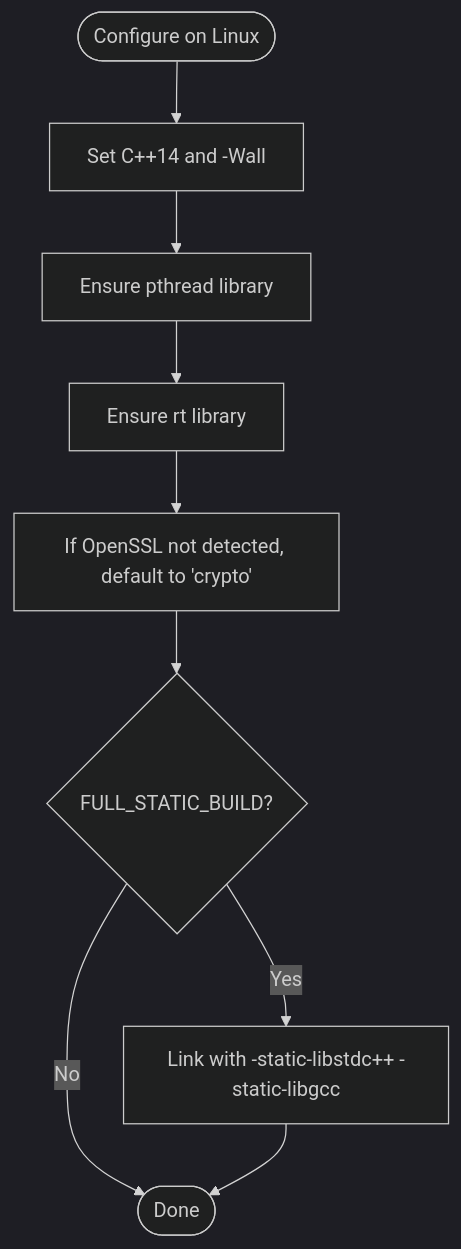
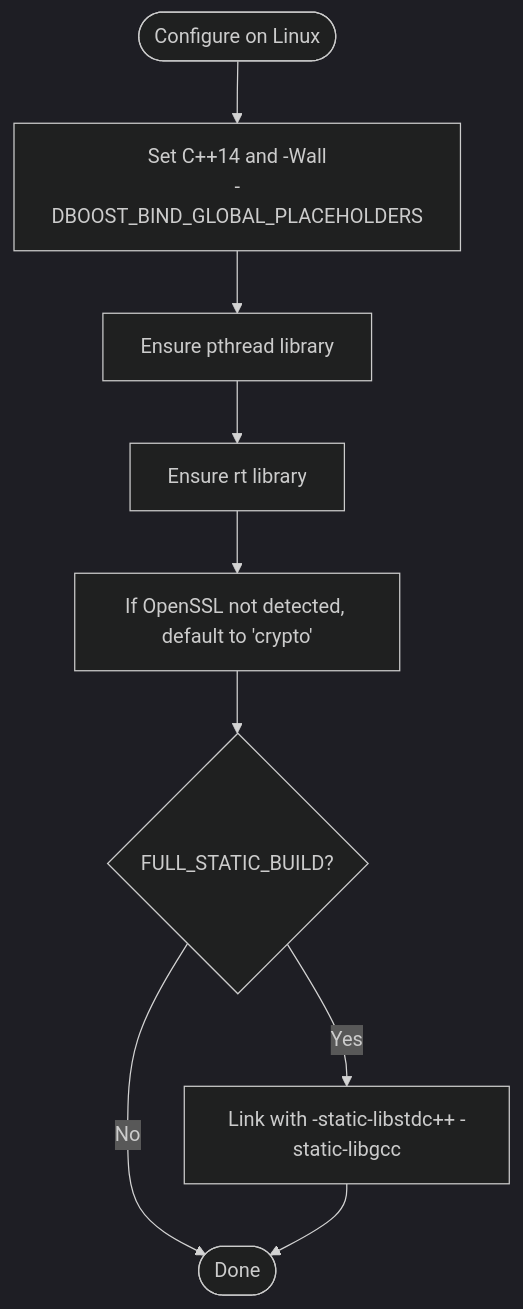
The fifth of 9 diagrams in .qoder/repowiki/en/content/Development Tools/Build System/CMake Configuration/Platform Configurations.md (VIZ-Blockchain/viz-cpp-node), drawn with Mermaid (dark theme) before and after one commit. The commit also changed other lines of this file and 7 other files, not shown here.

````diff
--- a/.qoder/repowiki/en/content/Development Tools/Build System/CMake Configuration/Platform Configurations.md
+++ b/.qoder/repowiki/en/content/Development Tools/Build System/CMake Configuration/Platform Configurations.md
@@ -177,11 +189,11 @@
 ```mermaid
 flowchart TD
-StartLin(["Configure on Linux"]) --> LinFlags["Set C++14 and -Wall"]
+StartLin(["Configure on Linux"]) --> LinFlags["Set C++14 and -Wall<br/>-DBOOST_BIND_GLOBAL_PLACEHOLDERS"]
 LinFlags --> Pthread["Ensure pthread library"]
 Pthread --> RTlib["Ensure rt library"]
 RTlib --> OpenSSL["If OpenSSL not detected, default to 'crypto'"]
 OpenSSL --> StaticCheck{"FULL_STATIC_BUILD?"}
 StaticCheck --> |Yes| LinStatic["Link with -static-libstdc++ -static-libgcc"]
 StaticCheck --> |No| EndLin(["Done"])
 LinStatic --> EndLin
 ```
````
